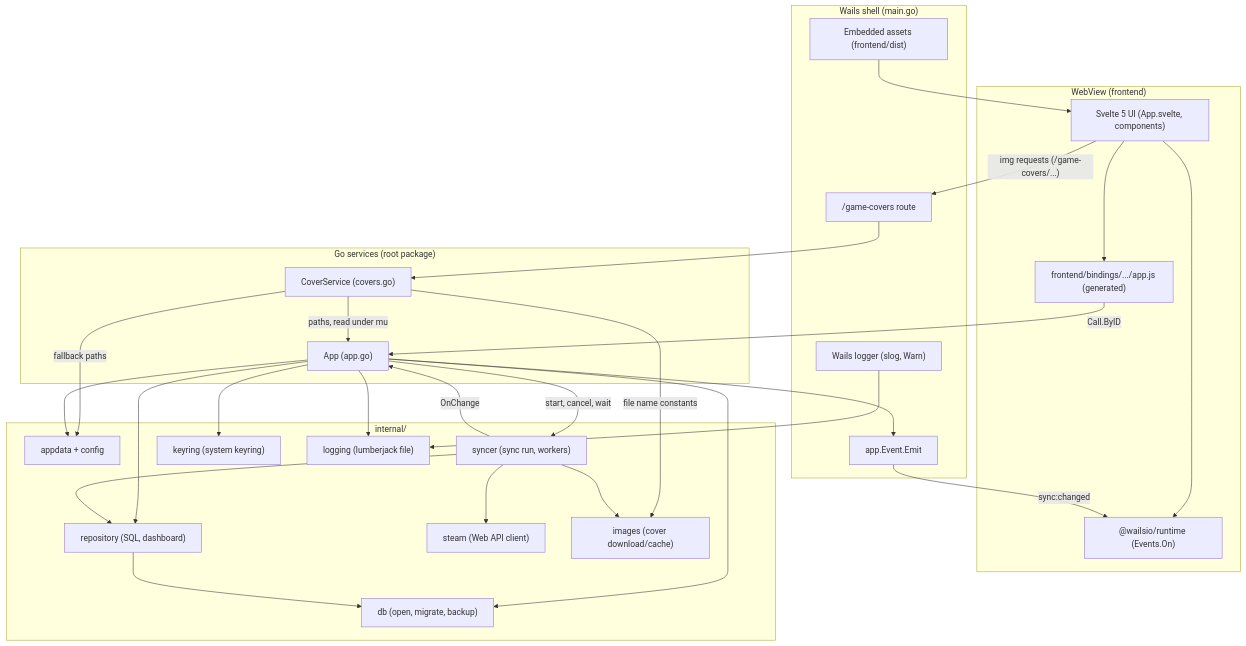
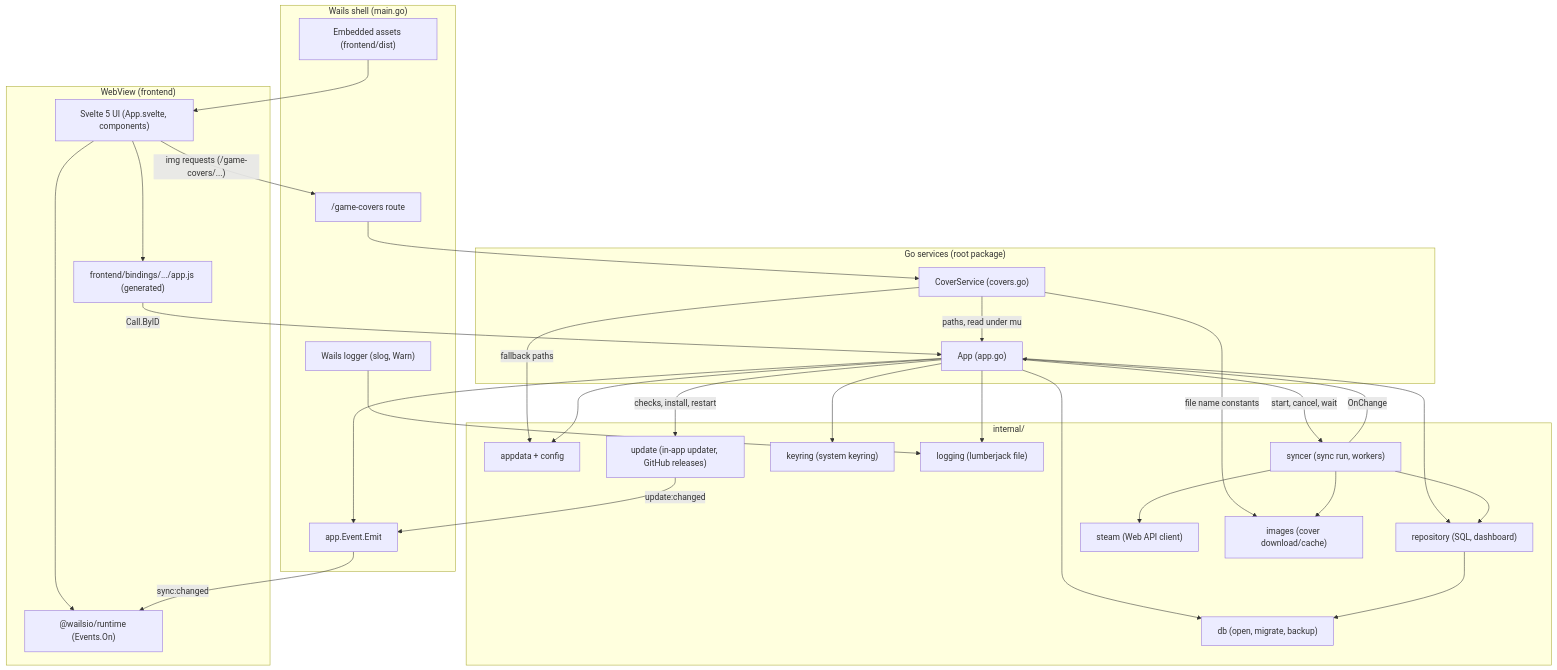
The diagram in docs/architecture.md (gjrud/steam-achievement-tracker), drawn with Mermaid before and after one commit. The commit also changed other lines of this file and 52 other files, not shown here.

First line of the commit message:
Add in-app self-update from GitHub Releases (#34)

````diff
--- a/docs/architecture.md
+++ b/docs/architecture.md
@@ -36,56 +36,59 @@
 ```mermaid
 flowchart TB
   subgraph WebView["WebView (frontend)"]
     UI["Svelte 5 UI (App.svelte, components)"]
     Bindings["frontend/bindings/.../app.js (generated)"]
     Runtime["@wailsio/runtime (Events.On)"]
   end
 
   subgraph Shell["Wails shell (main.go)"]
     Assets["Embedded assets (frontend/dist)"]
     Route["/game-covers route"]
     Bus["app.Event.Emit"]
     WailsLog["Wails logger (slog, Warn)"]
   end
 
   subgraph Services["Go services (root package)"]
     AppSvc["App (app.go)"]
     CoverSvc["CoverService (covers.go)"]
   end
 
   subgraph Internal["internal/"]
     AppData["appdata + config"]
     DB["db (open, migrate, backup)"]
     Repo["repository (SQL, dashboard)"]
     Syncer["syncer (sync run, workers)"]
     Steam["steam (Web API client)"]
     Images["images (cover download/cache)"]
     Keyring["keyring (system keyring)"]
     Logging["logging (lumberjack file)"]
+    Updater["update (in-app updater, GitHub releases)"]
   end
 
   UI --> Bindings
   Bindings -->|"Call.ByID"| AppSvc
   UI --> Runtime
   Bus -->|"sync:changed"| Runtime
   AppSvc --> Bus
   Assets --> UI
   UI -->|"img requests (/game-covers/...)"| Route
   Route --> CoverSvc
   CoverSvc -->|"file name constants"| Images
   CoverSvc -->|"paths, read under mu"| AppSvc
   CoverSvc -->|"fallback paths"| AppData
 
   AppSvc --> AppData
   AppSvc --> DB
   AppSvc --> Repo
   AppSvc --> Keyring
   AppSvc --> Logging
+  AppSvc -->|"checks, install, restart"| Updater
+  Updater -->|"update:changed"| Bus
   AppSvc -->|"start, cancel, wait"| Syncer
   Syncer -->|"OnChange"| AppSvc
   Syncer --> Repo
   Syncer --> Steam
   Syncer --> Images
   Repo --> DB
   WailsLog --> Logging
 ```
````
